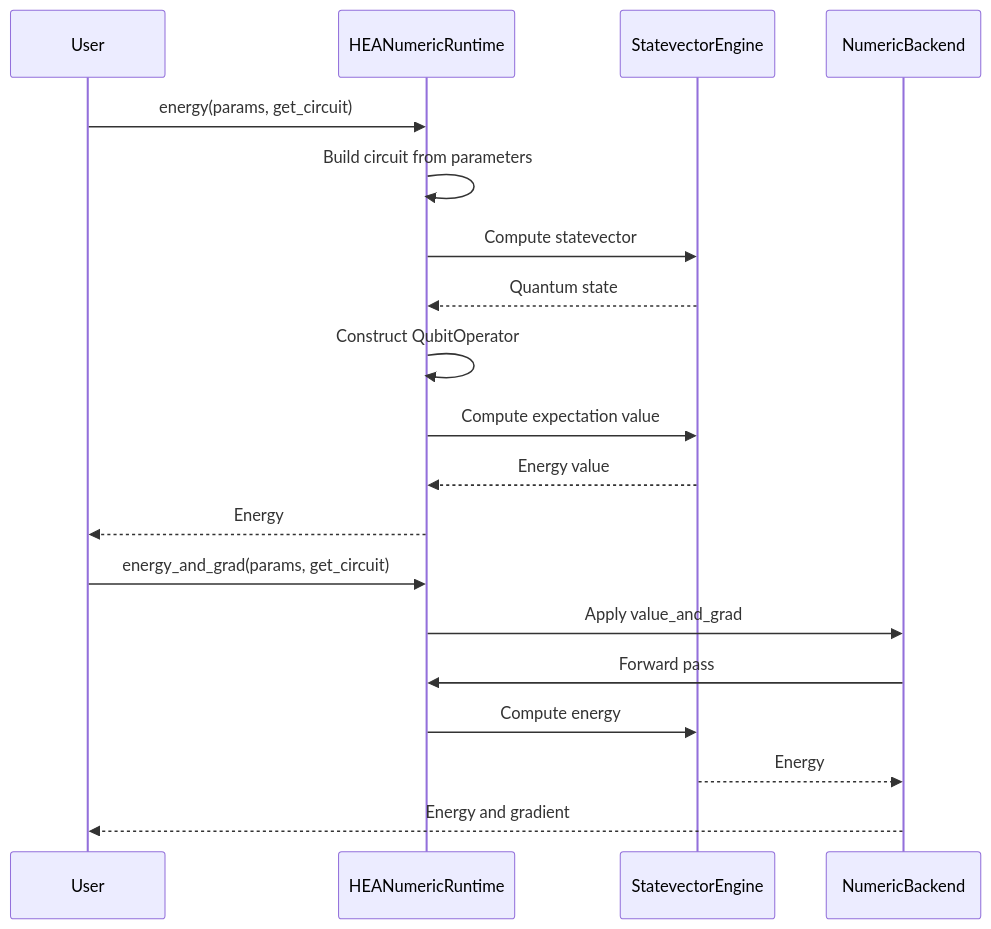
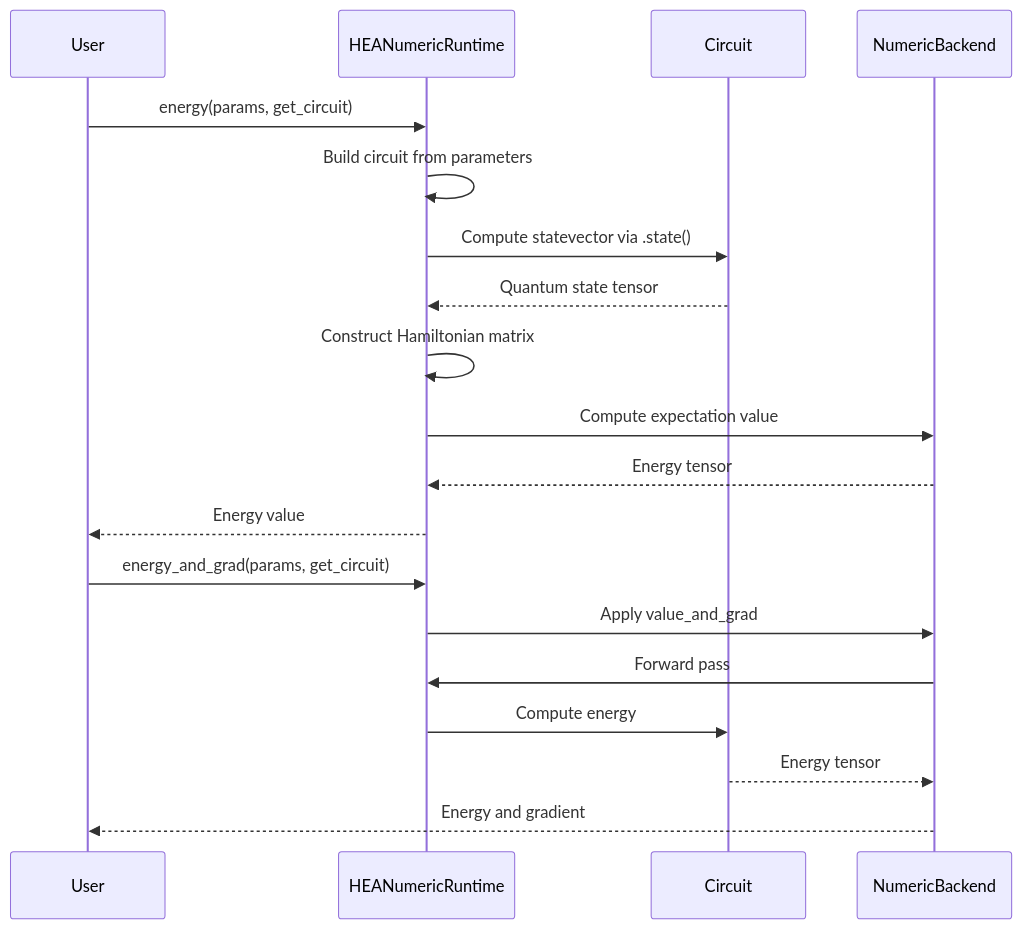
Before and after one commit to QureGenAI-Biotech/TyxonQ: the second of 6 diagrams in .qoder/repowiki/en/content/Quantum Chemistry Applications/Execution Runtimes/Execution Runtimes.md, drawn with Mermaid. The commit also changed other lines of this file and 516 other files, not shown here.

````diff
--- a/.qoder/repowiki/en/content/Quantum Chemistry Applications/Execution Runtimes/Execution Runtimes.md
+++ b/.qoder/repowiki/en/content/Quantum Chemistry Applications/Execution Runtimes/Execution Runtimes.md
@@ -85,21 +100,21 @@
 ```mermaid
 sequenceDiagram
 participant User
 participant HEANumericRuntime
-participant StatevectorEngine
+participant Circuit
 participant NumericBackend
 User->>HEANumericRuntime : energy(params, get_circuit)
 HEANumericRuntime->>HEANumericRuntime : Build circuit from parameters
-HEANumericRuntime->>StatevectorEngine : Compute statevector
-StatevectorEngine-->>HEANumericRuntime : Quantum state
-HEANumericRuntime->>HEANumericRuntime : Construct QubitOperator
-HEANumericRuntime->>StatevectorEngine : Compute expectation value
-StatevectorEngine-->>HEANumericRuntime : Energy value
-HEANumericRuntime-->>User : Energy
+HEANumericRuntime->>Circuit : Compute statevector via .state()
+Circuit-->>HEANumericRuntime : Quantum state tensor
+HEANumericRuntime->>HEANumericRuntime : Construct Hamiltonian matrix
+HEANumericRuntime->>NumericBackend : Compute expectation value
+NumericBackend-->>HEANumericRuntime : Energy tensor
+HEANumericRuntime-->>User : Energy value
 User->>HEANumericRuntime : energy_and_grad(params, get_circuit)
 HEANumericRuntime->>NumericBackend : Apply value_and_grad
 NumericBackend->>HEANumericRuntime : Forward pass
-HEANumericRuntime->>StatevectorEngine : Compute energy
-StatevectorEngine-->>NumericBackend : Energy
+HEANumericRuntime->>Circuit : Compute energy
+Circuit-->>NumericBackend : Energy tensor
 NumericBackend-->>User : Energy and gradient
 ```
````
